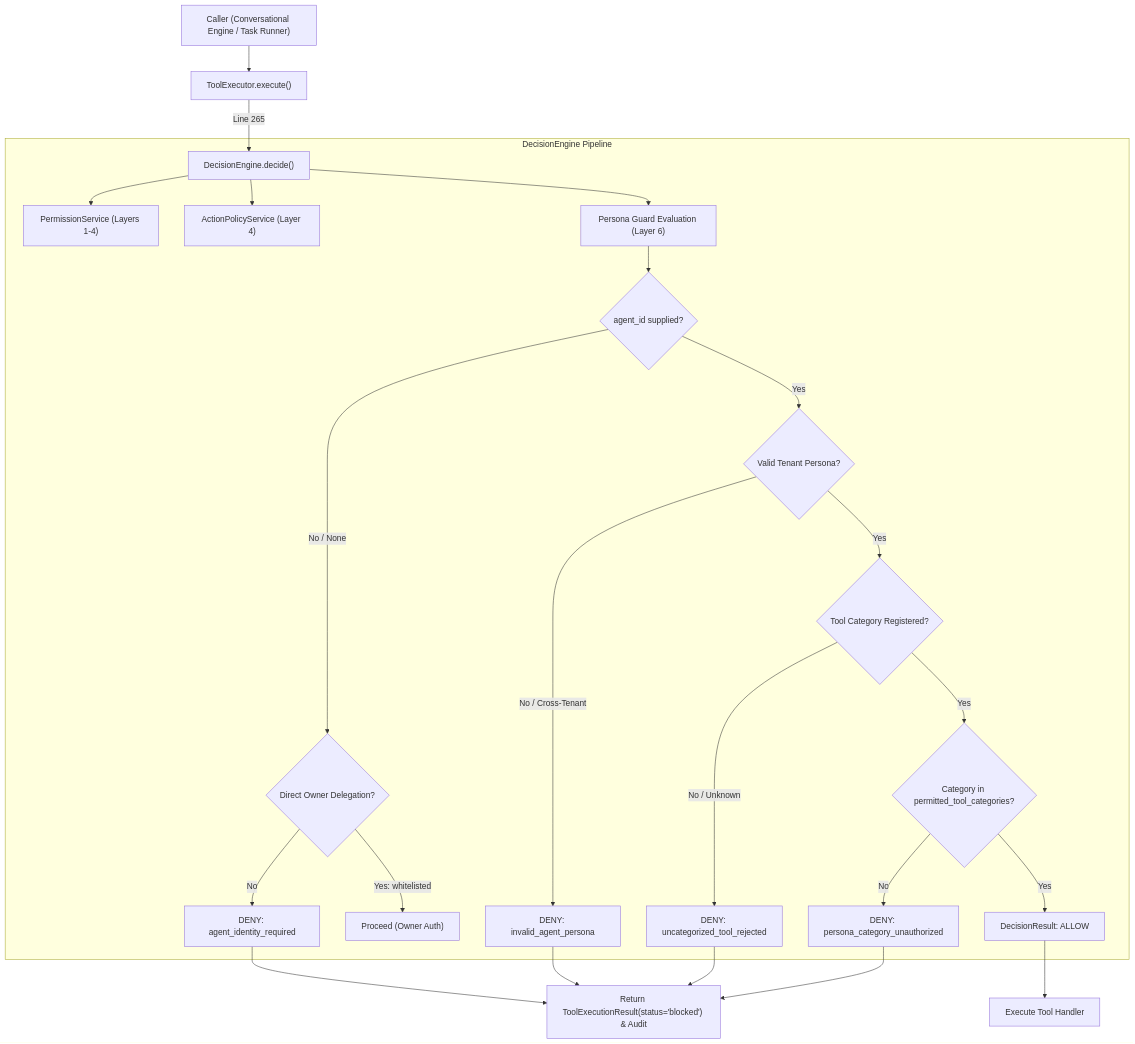
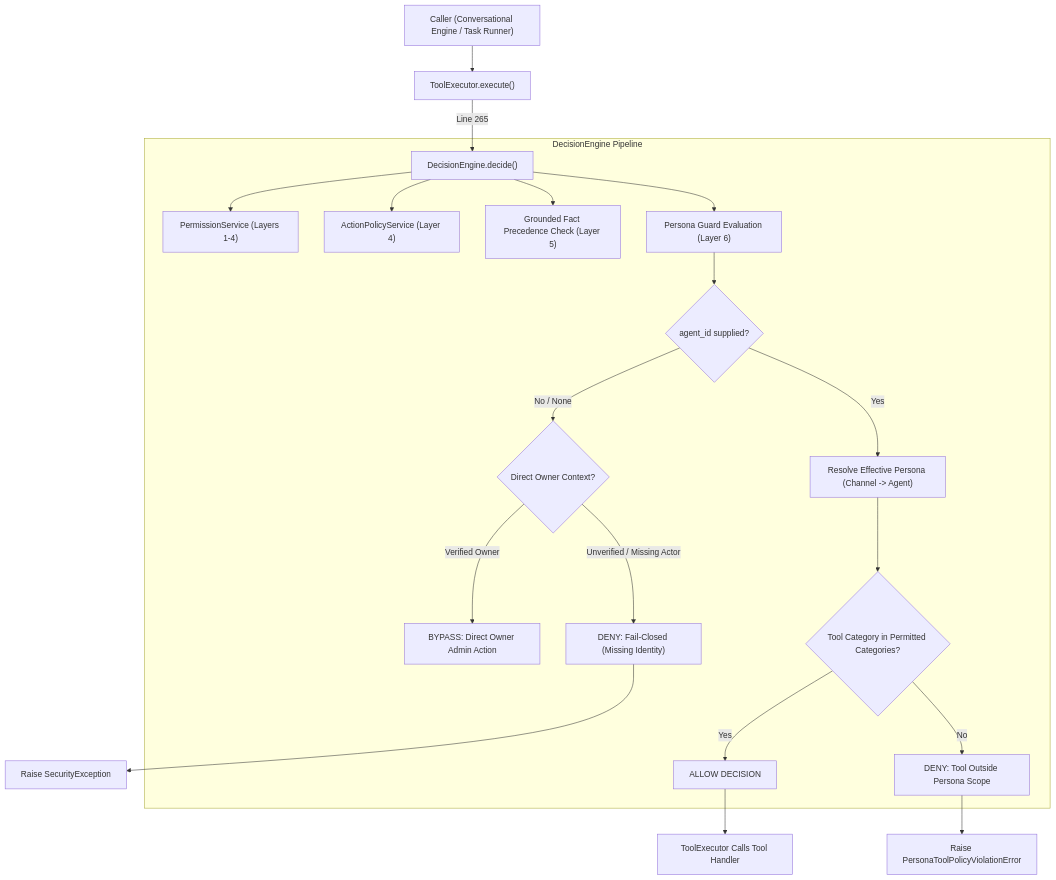
One commit to QQYC9/ai-employee-platform changed the second of 4 diagrams in docs/audit/phase-5/PHASE_5_PROPOSAL.md. Above: the diagram before and after it, drawn with Mermaid. The commit also changed other lines of this file, not shown here.

Commit message:
docs(phase-5): incorporate approved architectural decisions 1-20 into specification

````diff
--- a/docs/audit/phase-5/PHASE_5_PROPOSAL.md
+++ b/docs/audit/phase-5/PHASE_5_PROPOSAL.md
@@ -139,29 +173,26 @@
 ```mermaid
 flowchart TD
     CALLER["Caller (Conversational Engine / Task Runner)"] --> TE["ToolExecutor.execute()"]
     TE -->|Line 265| DE["DecisionEngine.decide()"]
 
     subgraph DecisionEngine Pipeline
         DE --> PS["PermissionService (Layers 1-4)"]
         DE --> APS["ActionPolicyService (Layer 4)"]
+        DE --> GFP["Grounded Fact Precedence Check (Layer 5)"]
         DE --> PPG["Persona Guard Evaluation (Layer 6)"]
 
         PPG --> COND1{"agent_id supplied?"}
-        COND1 -->|No / None| CHK_OWNER{"Direct Owner Delegation?"}
-        CHK_OWNER -->|No| DENY_NO_AGENT["DENY: agent_identity_required"]
-        CHK_OWNER -->|Yes: whitelisted| PASS_OWNER["Proceed (Owner Auth)"]
+        COND1 -->|No / None| CHK_OWNER{"Direct Owner Context?"}
+        CHK_OWNER -->|Verified Owner| BYPASS["BYPASS: Direct Owner Admin Action"]
+        CHK_OWNER -->|Unverified / Missing Actor| DENY_ANON["DENY: Fail-Closed (Missing Identity)"]
 
-        COND1 -->|Yes| COND2{"Valid Tenant Persona?"}
-        COND2 -->|No / Cross-Tenant| DENY_INVALID["DENY: invalid_agent_persona"]
-        COND2 -->|Yes| COND3{"Tool Category Registered?"}
-
-        COND3 -->|No / Unknown| DENY_UNMAPPED["DENY: uncategorized_tool_rejected"]
-        COND3 -->|Yes| COND4{"Category in permitted_tool_categories?"}
-
-        COND4 -->|No| DENY_PERSONA["DENY: persona_category_unauthorized"]
-        COND4 -->|Yes| ALLOW_RES["DecisionResult: ALLOW"]
+        COND1 -->|Yes| LOAD_PERS["Resolve Effective Persona (Channel -> Agent)"]
+        LOAD_PERS --> CHK_TOOL{"Tool Category in Permitted Categories?"}
+        CHK_TOOL -->|Yes| ALLOW["ALLOW DECISION"]
+        CHK_TOOL -->|No| DENY_POL["DENY: Tool Outside Persona Scope"]
     end
 
-    ALLOW_RES --> TH["Execute Tool Handler"]
-    DENY_NO_AGENT & DENY_INVALID & DENY_UNMAPPED & DENY_PERSONA --> BLK["Return ToolExecutionResult(status='blocked') & Audit"]
+    ALLOW --> EXEC_HANDLER["ToolExecutor Calls Tool Handler"]
+    DENY_ANON --> RAISE_SEC["Raise SecurityException"]
+    DENY_POL --> RAISE_VIOL["Raise PersonaToolPolicyViolationError"]
 ```
````
